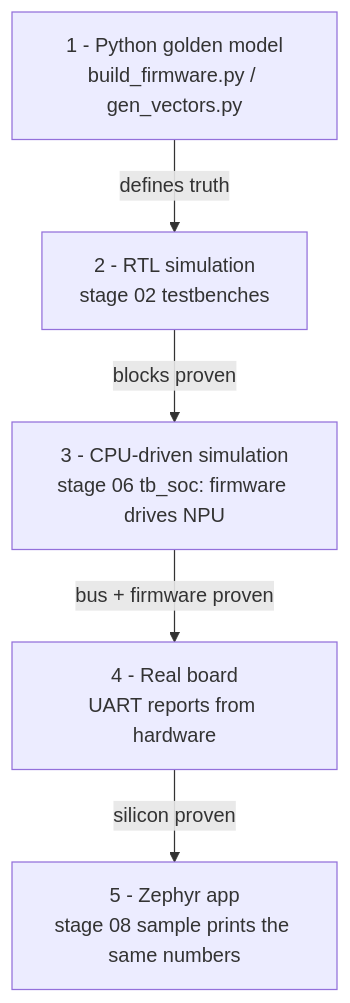
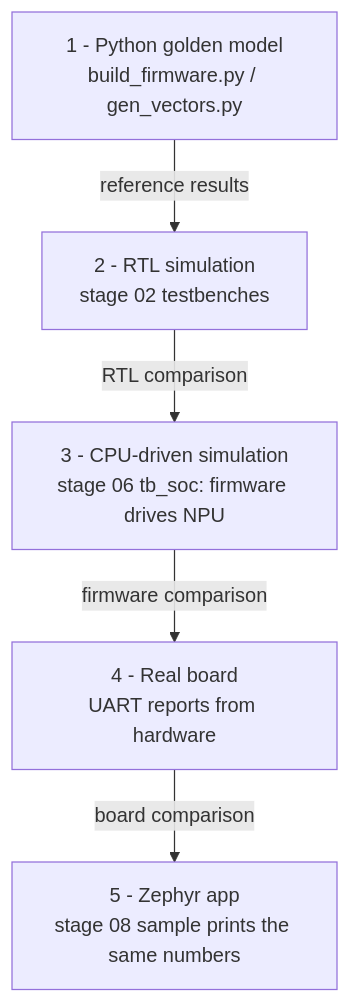
One commit to eoinjordan/fpga changed the second of 3 diagrams in docs/architecture.md. Above: the diagram before and after it, drawn with Mermaid. The commit also changed other lines of this file and 74 other files, not shown here.

````diff
--- a/docs/architecture.md
+++ b/docs/architecture.md
@@ -72,10 +73,10 @@
 ```mermaid
 flowchart TD
     PY["1 - Python golden model<br/>build_firmware.py / gen_vectors.py"]
     RTL["2 - RTL simulation<br/>stage 02 testbenches"]
     SOC["3 - CPU-driven simulation<br/>stage 06 tb_soc: firmware drives NPU"]
     HW["4 - Real board<br/>UART reports from hardware"]
     ZE["5 - Zephyr app<br/>stage 08 sample prints the same numbers"]
 
-    PY -->|"defines truth"| RTL -->|"blocks proven"| SOC -->|"bus + firmware proven"| HW -->|"silicon proven"| ZE
+    PY -->|"reference results"| RTL -->|"RTL comparison"| SOC -->|"firmware comparison"| HW -->|"board comparison"| ZE
 ```
````
